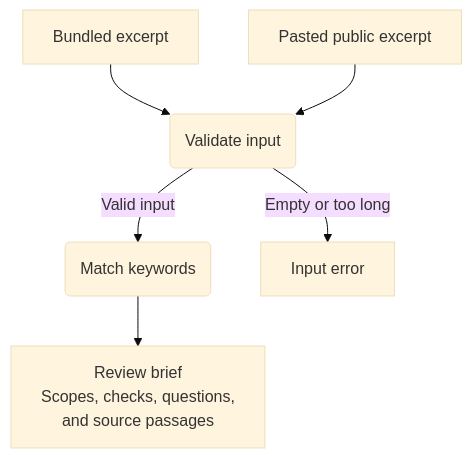
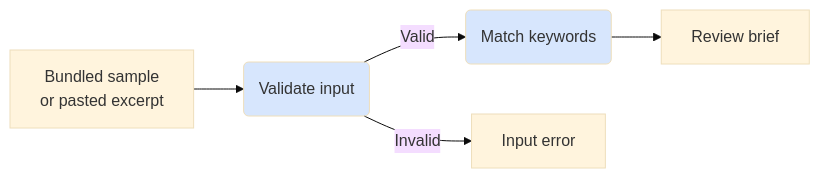
One commit to NikolayAir/tender-review-brief changed the diagram in README.md. Above: the diagram before and after it, drawn with Mermaid (base theme).

Commit message:
docs: simplify review workflow diagram

````diff
--- a/README.md
+++ b/README.md
@@ -25,10 +25,11 @@
 ```mermaid
-flowchart TD
-    accTitle: Tender review brief generation
-    accDescr: A bundled or pasted excerpt is validated, then matched against keyword rules to produce a review brief. Empty or oversized input produces an error.
-    sample["Bundled excerpt"] --> validate("Validate input")
-    pasted["Pasted public excerpt"] --> validate
-    validate -->|Valid input| rules("Match keywords")
-    validate -->|Empty or too long| error["Input error"]
-    rules --> brief["Review brief<br/>Scopes, checks, questions,<br/>and source passages"]
+flowchart LR
+    accTitle: Generating a review brief
+    accDescr: When Generate review brief is selected, a bundled sample or pasted excerpt is validated. Valid input is matched against keyword rules to produce a brief. Empty input or more than 50,000 UTF-16 code units produces an input error.
+    input["Bundled sample<br/>or pasted excerpt"] --> validate("Validate input")
+    validate -->|Valid| rules("Match keywords")
+    rules --> brief["Review brief"]
+    validate -->|Invalid| error["Input error"]
+    classDef processing fill:#3b82f633
+    class validate,rules processing
 ```
````
